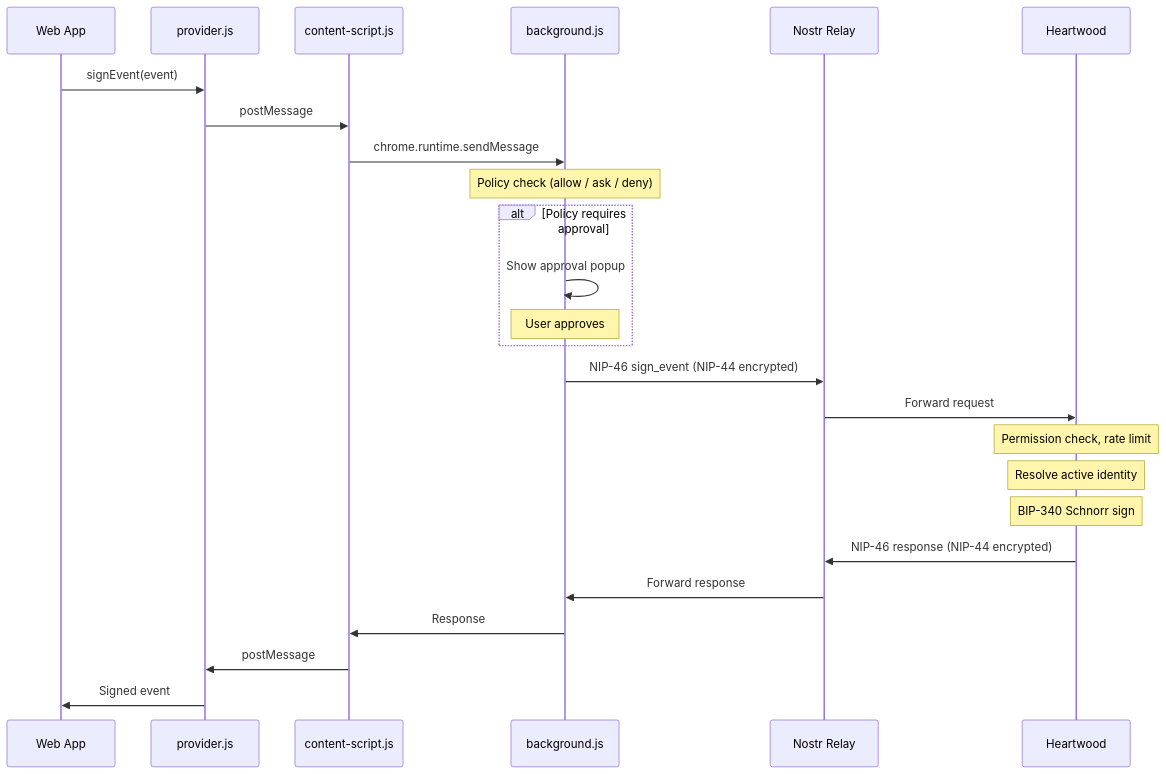
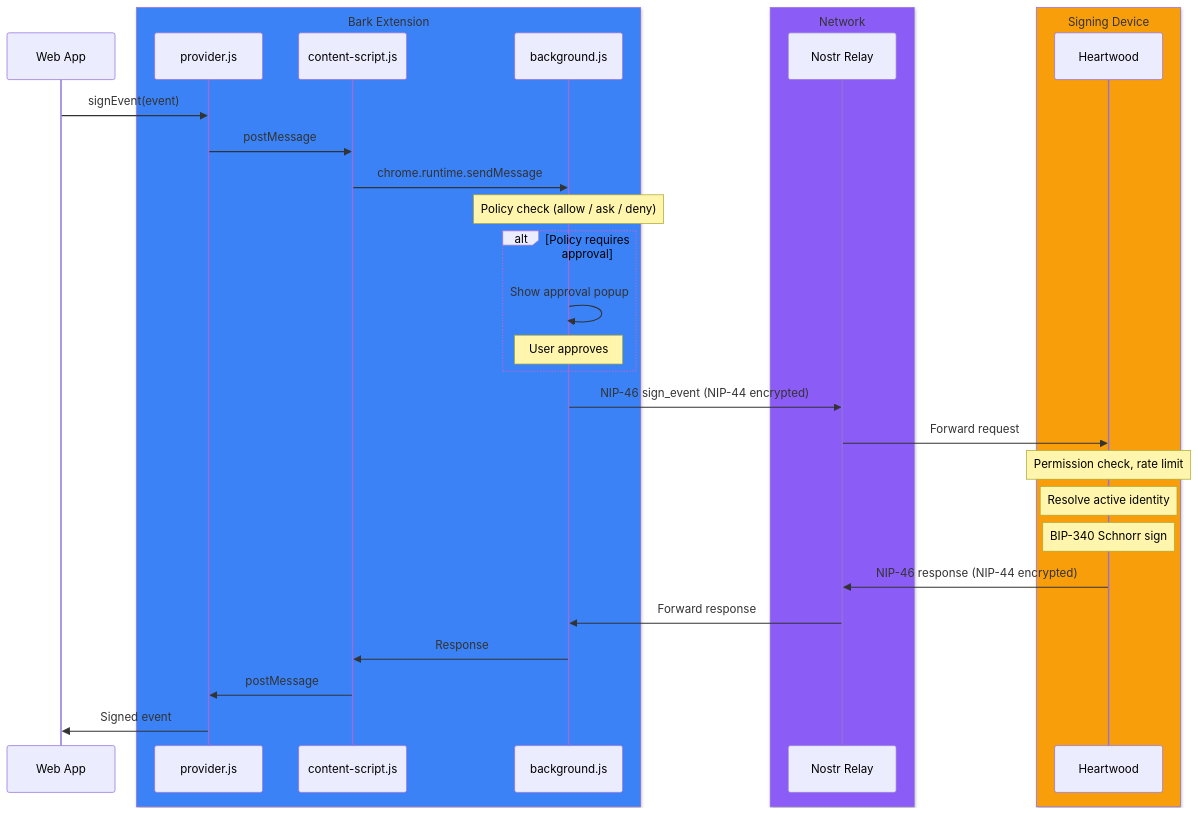
One commit to forgesworn/heartwood changed the third of 6 diagrams in docs/ECOSYSTEM.md. Above: the diagram before and after it, drawn with Mermaid. The commit also changed other lines of this file, not shown here.

Commit message:
style: add colour boxes to sequence diagrams
Blue for Bark/client tools, purple for network, amber for
signing device. Matches ForgeSworn palette.

````diff
--- a/docs/ECOSYSTEM.md
+++ b/docs/ECOSYSTEM.md
@@ -103,32 +108,38 @@
 ```mermaid
 sequenceDiagram
     participant WA as Web App
-    participant P as provider.js
-    participant CS as content-script.js
-    participant BG as background.js
-    participant R as Nostr Relay
-    participant HW as Heartwood
+    box rgb(59, 130, 246) Bark Extension
+        participant P as provider.js
+        participant CS as content-script.js
+        participant BG as background.js
+    end
+    box rgb(139, 92, 246) Network
+        participant R as Nostr Relay
+    end
+    box rgb(249, 158, 11) Signing Device
+        participant HW as Heartwood
+    end
 
     WA->>P: signEvent(event)
     P->>CS: postMessage
     CS->>BG: chrome.runtime.sendMessage
 
     Note over BG: Policy check (allow / ask / deny)
     alt Policy requires approval
         BG->>BG: Show approval popup
         Note over BG: User approves
     end
 
     BG->>R: NIP-46 sign_event (NIP-44 encrypted)
     R->>HW: Forward request
 
     Note over HW: Permission check, rate limit
     Note over HW: Resolve active identity
     Note over HW: BIP-340 Schnorr sign
 
     HW->>R: NIP-46 response (NIP-44 encrypted)
     R->>BG: Forward response
     BG->>CS: Response
     CS->>P: postMessage
     P->>WA: Signed event
 ```
````
